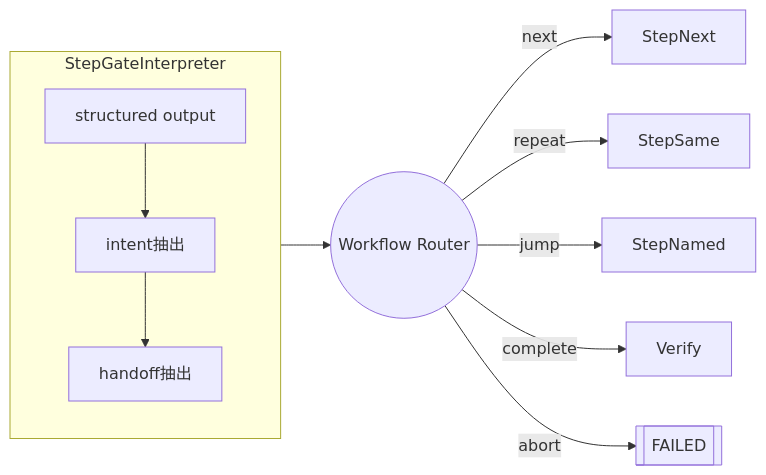
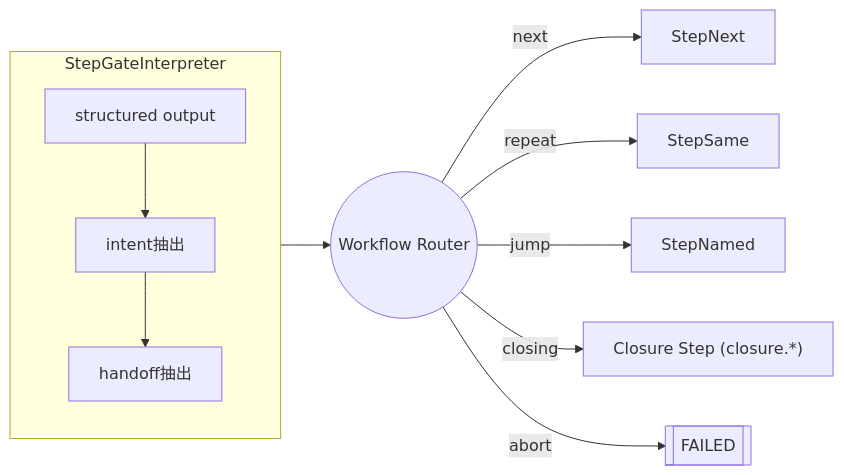
Before and after one commit to tettuan/climpt: the fifth of 11 diagrams in agents/docs/design/08_step_flow_design.md, drawn with Mermaid. The commit also changed other lines of this file, not shown here.

First line of the commit message:
docs(agents): rename complete to closure terminology in step flow design

````diff
--- a/agents/docs/design/08_step_flow_design.md
+++ b/agents/docs/design/08_step_flow_design.md
@@ -71,14 +99,14 @@
 ```mermaid
 flowchart LR
   subgraph Gate[StepGateInterpreter]
     SO[structured output] --> Intent[intent抽出]
     Intent --> Handoff[handoff抽出]
   end
 
   Gate --> Router((Workflow Router))
   Router -->|next| StepNext
   Router -->|repeat| StepSame
   Router -->|jump| StepNamed
-  Router -->|complete| Verify
+  Router -->|closing| Closure["Closure Step (closure.*)"]
   Router -->|abort| Terminate[[FAILED]]
 ```
````
